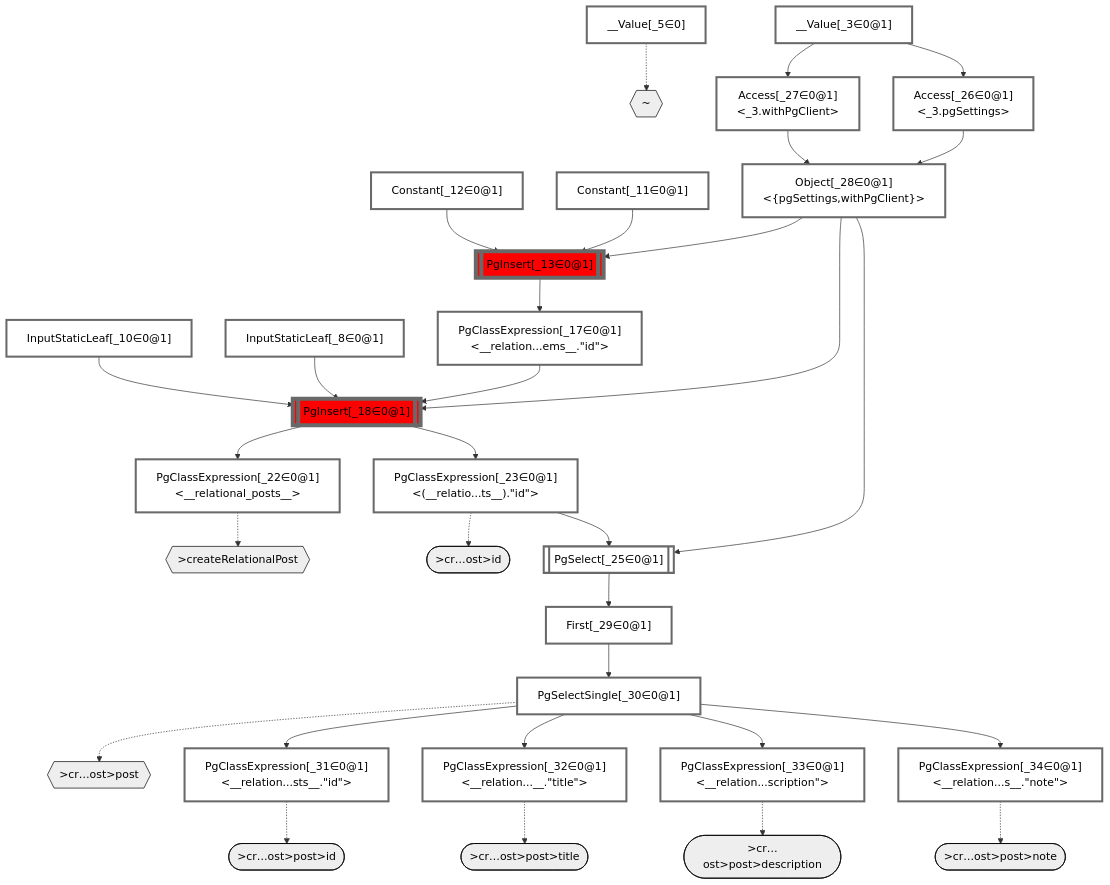
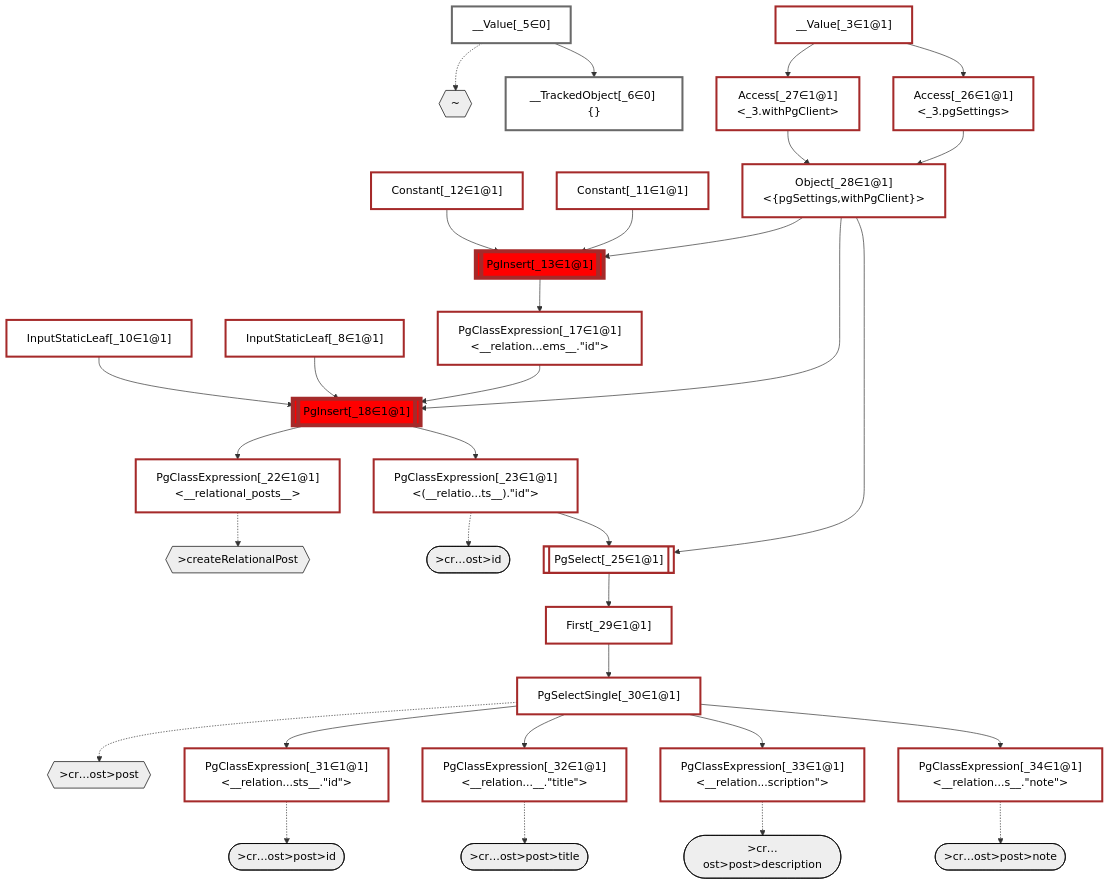
One commit to graphile/crystal changed the diagram in packages/dataplan-pg/__tests__/mutations/basics/create-relational-post-default-description.mermaid.md. Above: the diagram before and after it, drawn with Mermaid. The commit also changed 42 other files, not shown here.

````diff
--- a/packages/dataplan-pg/__tests__/mutations/basics/create-relational-post-default-description.mermaid.md
+++ b/packages/dataplan-pg/__tests__/mutations/basics/create-relational-post-default-description.mermaid.md
@@ -24,29 +24,31 @@
     %% end
 
     %% define plans
-    __Value_3["__Value[_3∈0@1]<br /><context>"]:::plan
+    __Value_3["__Value[_3∈1@1]<br /><context>"]:::plan
     __Value_5["__Value[_5∈0]<br /><rootValue>"]:::plan
-    InputStaticLeaf_8["InputStaticLeaf[_8∈0@1]"]:::plan
-    InputStaticLeaf_10["InputStaticLeaf[_10∈0@1]"]:::plan
-    Constant_11["Constant[_11∈0@1]"]:::plan
-    Constant_12["Constant[_12∈0@1]"]:::plan
-    PgInsert_13[["PgInsert[_13∈0@1]"]]:::sideeffectplan
-    PgClassExpression_17["PgClassExpression[_17∈0@1]<br /><__relation...ems__.#quot;id#quot;>"]:::plan
-    PgInsert_18[["PgInsert[_18∈0@1]"]]:::sideeffectplan
-    PgClassExpression_22["PgClassExpression[_22∈0@1]<br /><__relational_posts__>"]:::plan
-    PgClassExpression_23["PgClassExpression[_23∈0@1]<br /><(__relatio...ts__).#quot;id#quot;>"]:::plan
-    PgSelect_25[["PgSelect[_25∈0@1]<br /><relational_posts>"]]:::plan
-    Access_26["Access[_26∈0@1]<br /><_3.pgSettings>"]:::plan
-    Access_27["Access[_27∈0@1]<br /><_3.withPgClient>"]:::plan
-    Object_28["Object[_28∈0@1]<br /><{pgSettings,withPgClient}>"]:::plan
-    First_29["First[_29∈0@1]"]:::plan
-    PgSelectSingle_30["PgSelectSingle[_30∈0@1]<br /><relational_posts>"]:::plan
-    PgClassExpression_31["PgClassExpression[_31∈0@1]<br /><__relation...sts__.#quot;id#quot;>"]:::plan
-    PgClassExpression_32["PgClassExpression[_32∈0@1]<br /><__relation...__.#quot;title#quot;>"]:::plan
-    PgClassExpression_33["PgClassExpression[_33∈0@1]<br /><__relation...scription#quot;>"]:::plan
-    PgClassExpression_34["PgClassExpression[_34∈0@1]<br /><__relation...s__.#quot;note#quot;>"]:::plan
+    __TrackedObject_6["__TrackedObject[_6∈0] {}"]:::plan
+    InputStaticLeaf_8["InputStaticLeaf[_8∈1@1]"]:::plan
+    InputStaticLeaf_10["InputStaticLeaf[_10∈1@1]"]:::plan
+    Constant_11["Constant[_11∈1@1]"]:::plan
+    Constant_12["Constant[_12∈1@1]"]:::plan
+    PgInsert_13[["PgInsert[_13∈1@1]"]]:::sideeffectplan
+    PgClassExpression_17["PgClassExpression[_17∈1@1]<br /><__relation...ems__.#quot;id#quot;>"]:::plan
+    PgInsert_18[["PgInsert[_18∈1@1]"]]:::sideeffectplan
+    PgClassExpression_22["PgClassExpression[_22∈1@1]<br /><__relational_posts__>"]:::plan
+    PgClassExpression_23["PgClassExpression[_23∈1@1]<br /><(__relatio...ts__).#quot;id#quot;>"]:::plan
+    PgSelect_25[["PgSelect[_25∈1@1]<br /><relational_posts>"]]:::plan
+    Access_26["Access[_26∈1@1]<br /><_3.pgSettings>"]:::plan
+    Access_27["Access[_27∈1@1]<br /><_3.withPgClient>"]:::plan
+    Object_28["Object[_28∈1@1]<br /><{pgSettings,withPgClient}>"]:::plan
+    First_29["First[_29∈1@1]"]:::plan
+    PgSelectSingle_30["PgSelectSingle[_30∈1@1]<br /><relational_posts>"]:::plan
+    PgClassExpression_31["PgClassExpression[_31∈1@1]<br /><__relation...sts__.#quot;id#quot;>"]:::plan
+    PgClassExpression_32["PgClassExpression[_32∈1@1]<br /><__relation...__.#quot;title#quot;>"]:::plan
+    PgClassExpression_33["PgClassExpression[_33∈1@1]<br /><__relation...scription#quot;>"]:::plan
+    PgClassExpression_34["PgClassExpression[_34∈1@1]<br /><__relation...s__.#quot;note#quot;>"]:::plan
 
     %% plan dependencies
+    __Value_5 --> __TrackedObject_6
     Object_28 --> PgInsert_13
     Constant_11 --> PgInsert_13
     Constant_12 --> PgInsert_13
@@ -82,5 +84,7 @@
 
     %% allocate buckets
     classDef bucket0 stroke:#696969
-    class __Value_3,__Value_5,InputStaticLeaf_8,InputStaticLeaf_10,Constant_11,Constant_12,PgInsert_13,PgClassExpression_17,PgInsert_18,PgClassExpression_22,PgClassExpression_23,PgSelect_25,Access_26,Access_27,Object_28,First_29,PgSelectSingle_30,PgClassExpression_31,PgClassExpression_32,PgClassExpression_33,PgClassExpression_34 bucket0
+    class __Value_5,__TrackedObject_6 bucket0
+    classDef bucket1 stroke:#a52a2a
+    class __Value_3,InputStaticLeaf_8,InputStaticLeaf_10,Constant_11,Constant_12,PgInsert_13,PgClassExpression_17,PgInsert_18,PgClassExpression_22,PgClassExpression_23,PgSelect_25,Access_26,Access_27,Object_28,First_29,PgSelectSingle_30,PgClassExpression_31,PgClassExpression_32,PgClassExpression_33,PgClassExpression_34 bucket1
 ```
````
